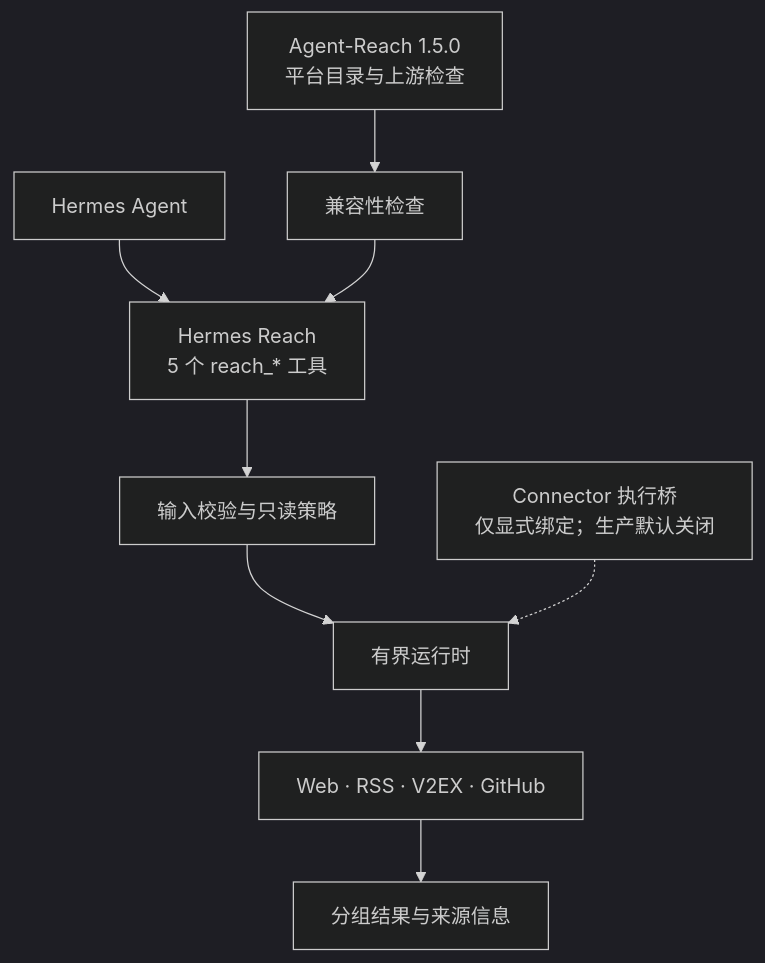
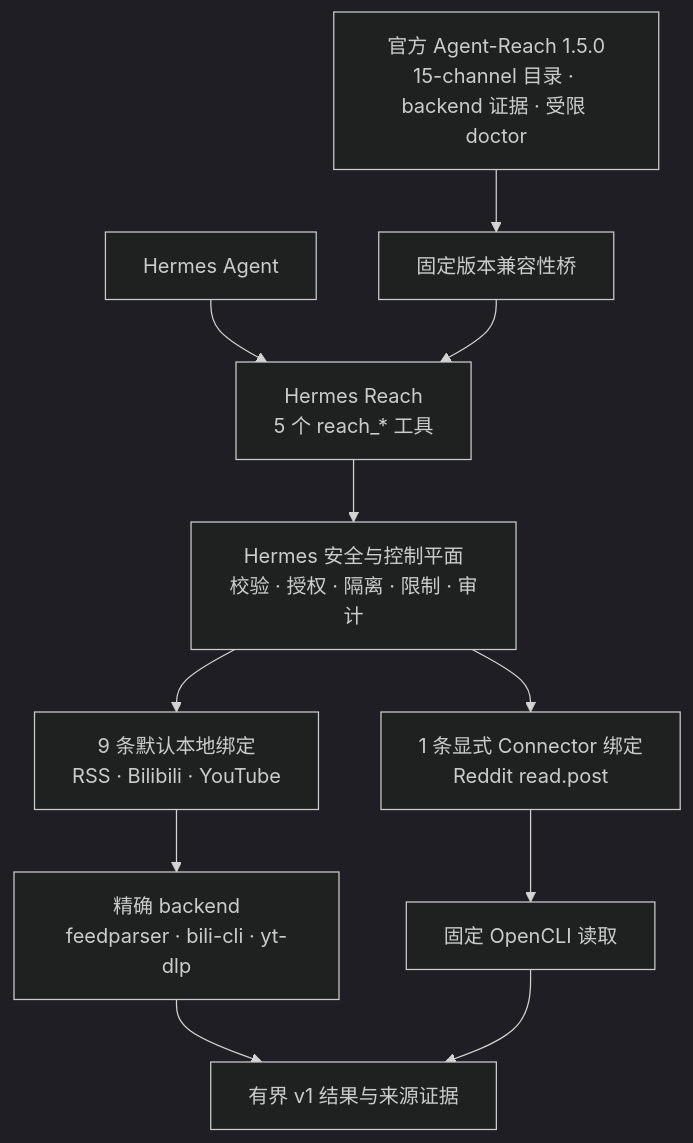
Before and after one commit to izumi0uu/hermes-reach: the first of 2 diagrams in README.md, drawn with Mermaid (dark theme). The commit also changed other lines of this file and 29 other files, not shown here.

Commit message:
refactor(adapter): enforce strict Agent-Reach plugin boundary

````diff
--- a/README.md
+++ b/README.md
@@ -161,11 +161,13 @@
 ```mermaid
 flowchart TD
     Hermes["Hermes Agent"] --> Plugin["Hermes Reach<br/>5 个 reach_* 工具"]
-    Upstream["Agent-Reach 1.5.0<br/>平台目录与上游检查"] --> Bridge["兼容性检查"]
+    Upstream["官方 Agent-Reach 1.5.0<br/>15-channel 目录 · backend 证据 · 受限 doctor"] --> Bridge["固定版本兼容性桥"]
     Bridge --> Plugin
-    Plugin --> Guard["输入校验与只读策略"]
-    Guard --> Runtime["有界运行时"]
-    Runtime --> Adapters["Web · RSS · V2EX · GitHub"]
-    Adapters --> Results["分组结果与来源信息"]
-    Connector["Connector 执行桥<br/>仅显式绑定；生产默认关闭"] -.-> Runtime
+    Plugin --> Guard["Hermes 安全与控制平面<br/>校验 · 授权 · 隔离 · 限制 · 审计"]
+    Guard --> Local["9 条默认本地绑定<br/>RSS · Bilibili · YouTube"]
+    Guard --> Connector["1 条显式 Connector 绑定<br/>Reddit read.post"]
+    Local --> Backends["精确 backend<br/>feedparser · bili-cli · yt-dlp"]
+    Connector --> OpenCLI["固定 OpenCLI 读取"]
+    Backends --> Results["有界 v1 结果与来源证据"]
+    OpenCLI --> Results
 ```
````
